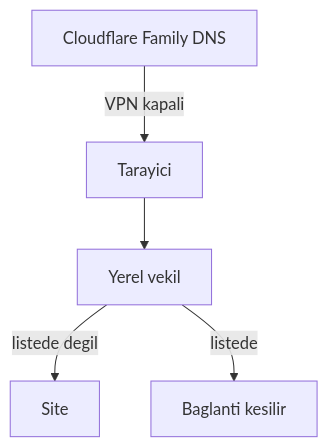
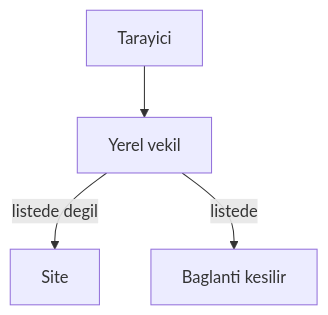
Before and after one commit to meruto187/ntft-enhanced: the diagram in README.md, drawn with Mermaid. The commit also changed other lines of this file and 1 other file, not shown here.

````diff
--- a/README.md
+++ b/README.md
@@ -24,11 +24,9 @@
 ```mermaid
 flowchart TD
   browser[Tarayici]
   proxy[Yerel vekil]
-  family[Cloudflare Family DNS]
   site[Site]
   browser --> proxy
   proxy -->|listede degil| site
   proxy -->|listede| block[Baglanti kesilir]
-  family -->|VPN kapali| browser
 ```
````
